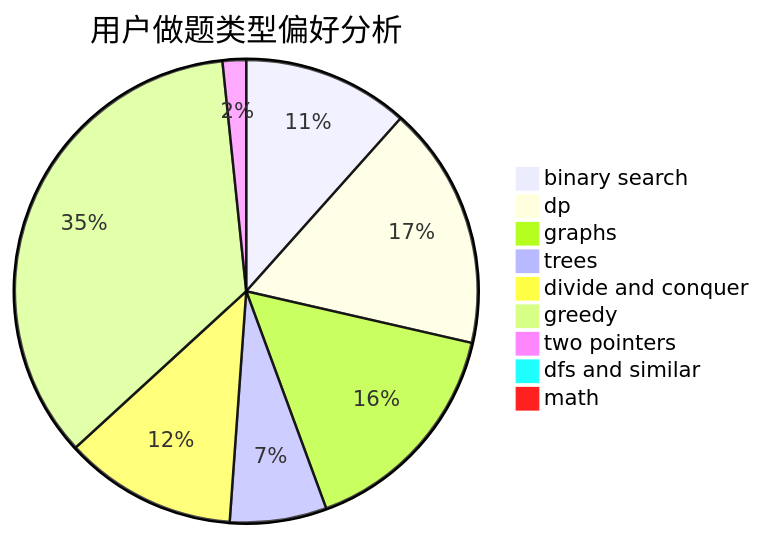
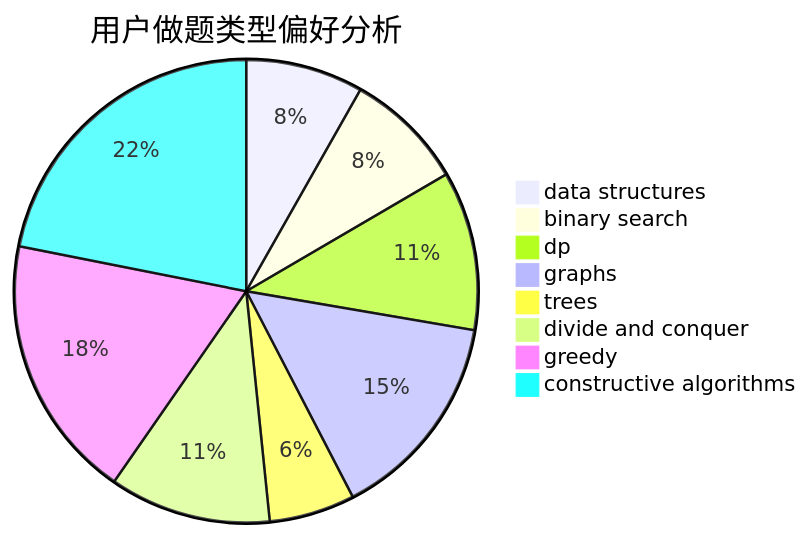
Before and after one commit to sherpahu/cfrs.github.io: the second of 3 diagrams in docs/user/u264.md, drawn with Mermaid. The commit also changed other lines of this file and 2775 other files, not shown here.

````diff
--- a/docs/user/u264.md
+++ b/docs/user/u264.md
@@ -23,12 +23,11 @@
 ```mermaid
 pie title 用户做题类型偏好分析
-    "binary search" :  127
-    "dp" :  186
-    "graphs" :  173
-    "trees" :  74
+    "data structures" :  96
+    "binary search" :  98
+    "dp" :  130
+    "graphs" :  172
+    "trees" :  70
     "divide and conquer" :  132
-    "greedy" :  385
-    "two pointers" :  18
-    "dfs and similar" :  8
-    "math" :  8
+    "greedy" :  216
+    "constructive algorithms" :  256
 ```
````
